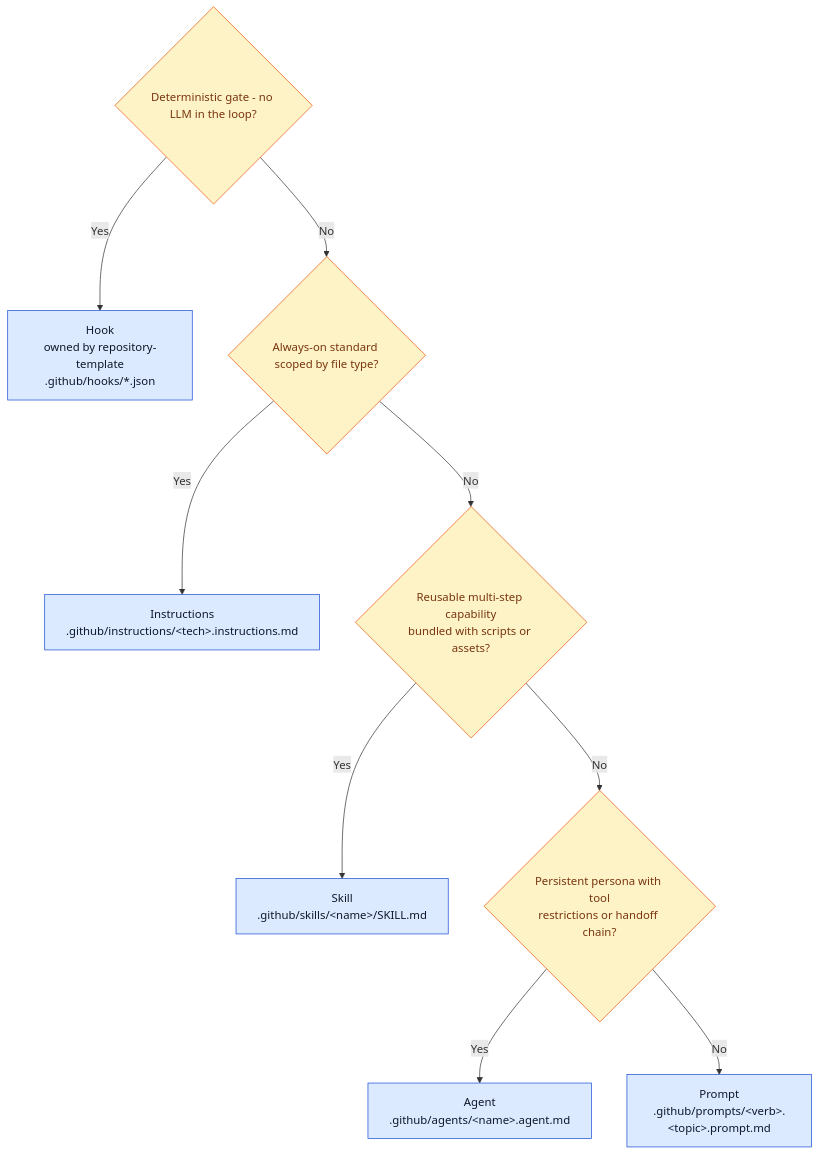
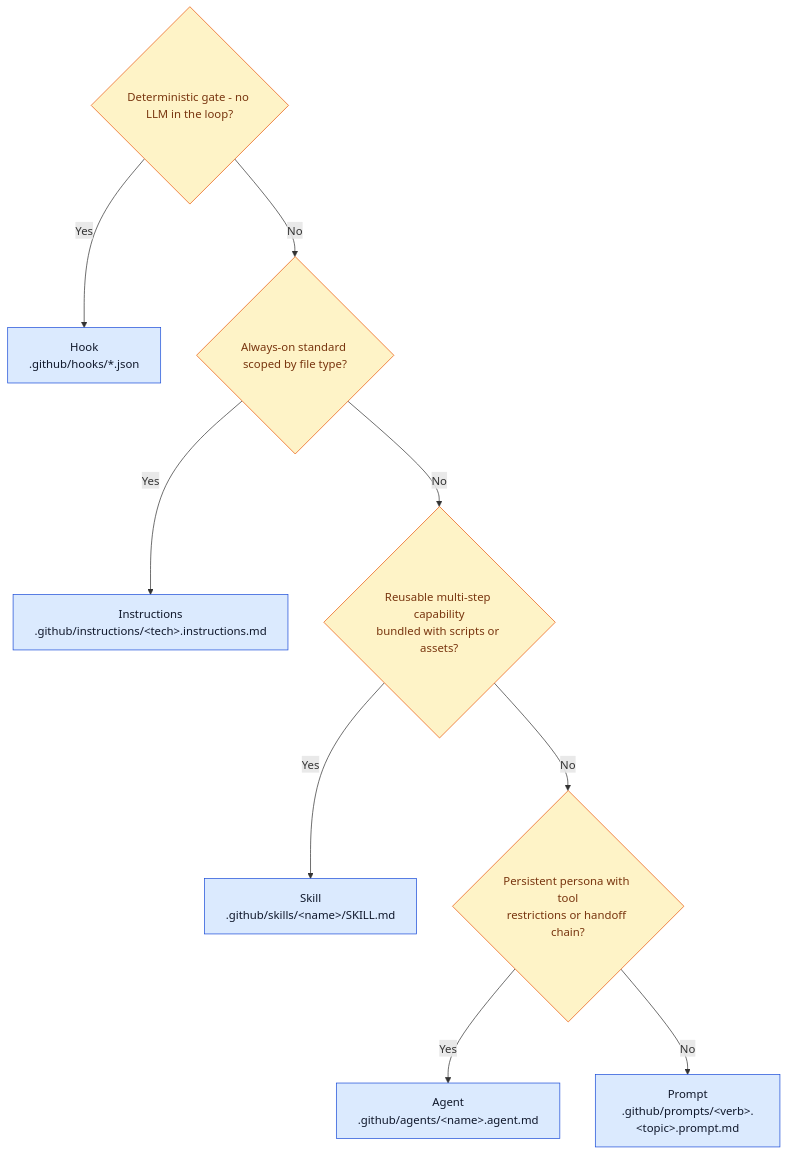
Before and after one commit to stefaniuk/loadout: the first of 2 diagrams in docs/architecture.md, drawn with Mermaid. The commit also changed other lines of this file and 65 other files, not shown here.

````diff
--- a/docs/architecture.md
+++ b/docs/architecture.md
@@ -118,17 +123,17 @@
 ```mermaid
 flowchart TD
-  q1{"Deterministic gate - no LLM in the loop?"} -- Yes --> hook["Hook<br/>owned by repository-template<br/>.github/hooks/*.json"]
+  q1{"Deterministic gate - no LLM in the loop?"} -- Yes --> hook["Hook<br/>.github/hooks/*.json"]
   q1 -- No --> q2{"Always-on standard scoped by file type?"}
   q2 -- Yes --> instr["Instructions<br/>.github/instructions/&lt;tech&gt;.instructions.md"]
   q2 -- No --> q3{"Reusable multi-step capability<br/>bundled with scripts or assets?"}
   q3 -- Yes --> skill["Skill<br/>.github/skills/&lt;name&gt;/SKILL.md"]
   q3 -- No --> q4{"Persistent persona with tool<br/>restrictions or handoff chain?"}
   q4 -- Yes --> agent["Agent<br/>.github/agents/&lt;name&gt;.agent.md"]
   q4 -- No --> prompt["Prompt<br/>.github/prompts/&lt;verb&gt;.&lt;topic&gt;.prompt.md"]
 
   classDef question fill:#fef3c7,stroke:#ea580c,color:#78350f,stroke-width:1px;
   classDef terminal fill:#dbeafe,stroke:#1d4ed8,color:#0f172a,stroke-width:1px;
 
   class q1,q2,q3,q4 question;
   class hook,instr,skill,agent,prompt terminal;
 ```
````
